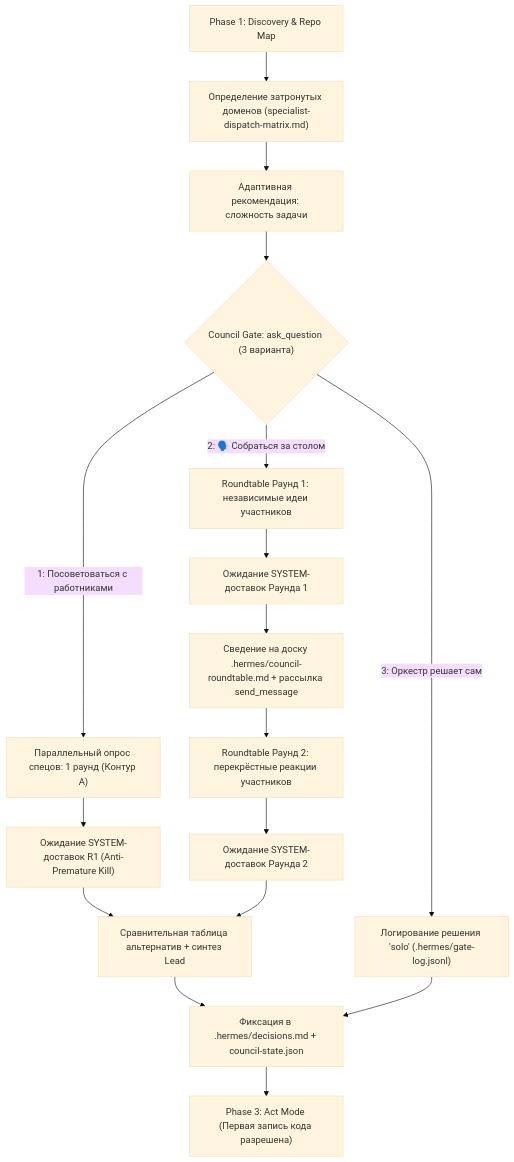
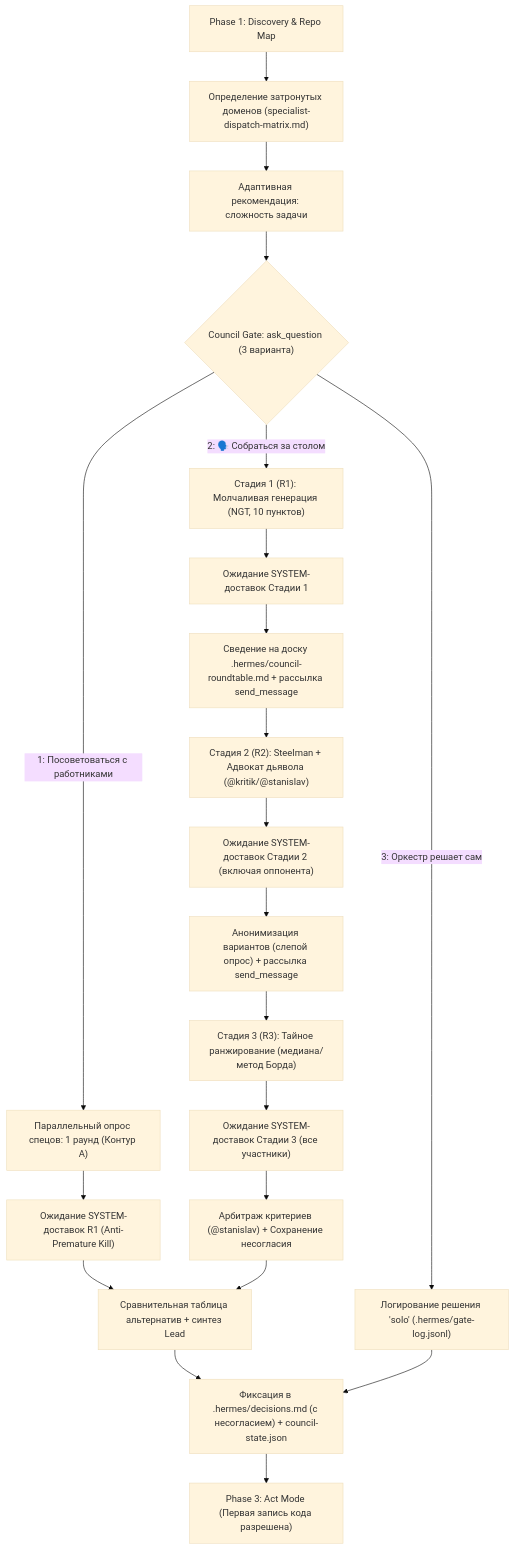
One commit to neon1301/hermes-mode-antigravity changed the diagram in skills/hermes/references/specialist-council-protocol.md. Above: the diagram before and after it, drawn with Mermaid (base theme). The commit also changed other lines of this file and 12 other files, not shown here.

Commit message:
feat(roundtable): Hermes Fleet v4.4.0 — 3-stage NGT/Delphi roundtable, devil's advocate, blind ranking & dissent preservation

````diff
--- a/skills/hermes/references/specialist-council-protocol.md
+++ b/skills/hermes/references/specialist-council-protocol.md
@@ -15,24 +15,28 @@
 ```mermaid
 flowchart TD
     Phase1["Phase 1: Discovery & Repo Map"] --> DomainDetect["Определение затронутых доменов (specialist-dispatch-matrix.md)"]
     DomainDetect --> AdaptRec["Адаптивная рекомендация: сложность задачи"]
     AdaptRec --> CouncilGate{"Council Gate: ask_question (3 варианта)"}
     
     CouncilGate -->|"1: Посоветоваться с работниками"| ParallelScouts["Параллельный опрос спецов: 1 раунд (Контур A)"]
-    CouncilGate -->|"2: 🗣️ Собраться за столом"| RoundtableR1["Roundtable Раунд 1: независимые идеи участников"]
+    CouncilGate -->|"2: 🗣️ Собраться за столом"| RoundtableR1["Стадия 1 (R1): Молчаливая генерация (NGT, 10 пунктов)"]
     CouncilGate -->|"3: Оркестр решает сам"| SoloLog["Логирование решения 'solo' (.hermes/gate-log.jsonl)"]
     
     ParallelScouts --> AwaitParallel["Ожидание SYSTEM-доставок R1 (Anti-Premature Kill)"]
     AwaitParallel --> CompTable["Сравнительная таблица альтернатив + синтез Lead"]
     
-    RoundtableR1 --> AwaitR1["Ожидание SYSTEM-доставок Раунда 1"]
+    RoundtableR1 --> AwaitR1["Ожидание SYSTEM-доставок Стадии 1"]
     AwaitR1 --> BoardDispatch["Сведение на доску .hermes/council-roundtable.md + рассылка send_message"]
-    BoardDispatch --> RoundtableR2["Roundtable Раунд 2: перекрёстные реакции участников"]
-    RoundtableR2 --> AwaitR2["Ожидание SYSTEM-доставок Раунда 2"]
-    AwaitR2 --> CompTable
+    BoardDispatch --> RoundtableR2["Стадия 2 (R2): Steelman + Адвокат дьявола (@kritik/@stanislav)"]
+    RoundtableR2 --> AwaitR2["Ожидание SYSTEM-доставок Стадии 2 (включая оппонента)"]
+    AwaitR2 --> BlindDispatch["Анонимизация вариантов (слепой опрос) + рассылка send_message"]
+    BlindDispatch --> RoundtableR3["Стадия 3 (R3): Тайное ранжирование (медиана/метод Борда)"]
+    RoundtableR3 --> AwaitR3["Ожидание SYSTEM-доставок Стадии 3 (все участники)"]
+    AwaitR3 --> ArbitrateSynth["Арбитраж критериев (@stanislav) + Сохранение несогласия"]
+    ArbitrateSynth --> CompTable
     
-    CompTable --> DecisionsLog["Фиксация в .hermes/decisions.md + council-state.json"]
+    CompTable --> DecisionsLog["Фиксация в .hermes/decisions.md (с несогласием) + council-state.json"]
     SoloLog --> DecisionsLog
     
     DecisionsLog --> Phase3["Phase 3: Act Mode (Первая запись кода разрешена)"]
 ```
````
